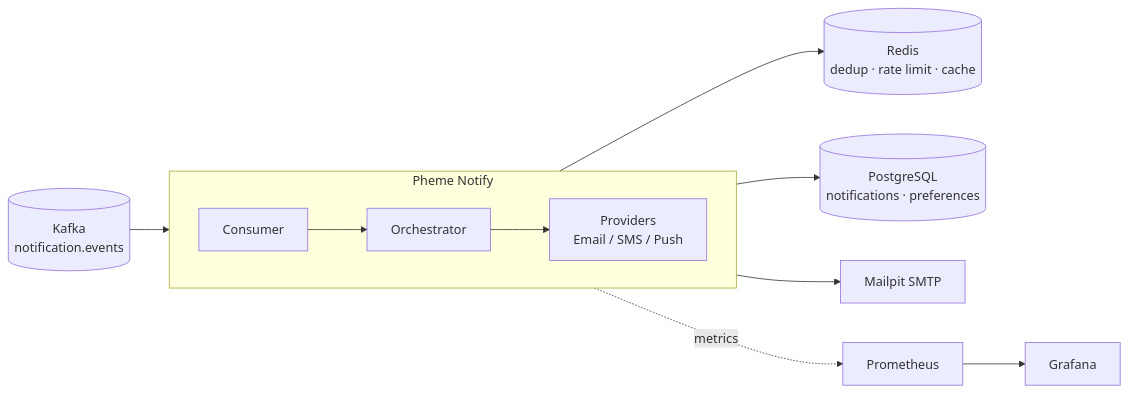
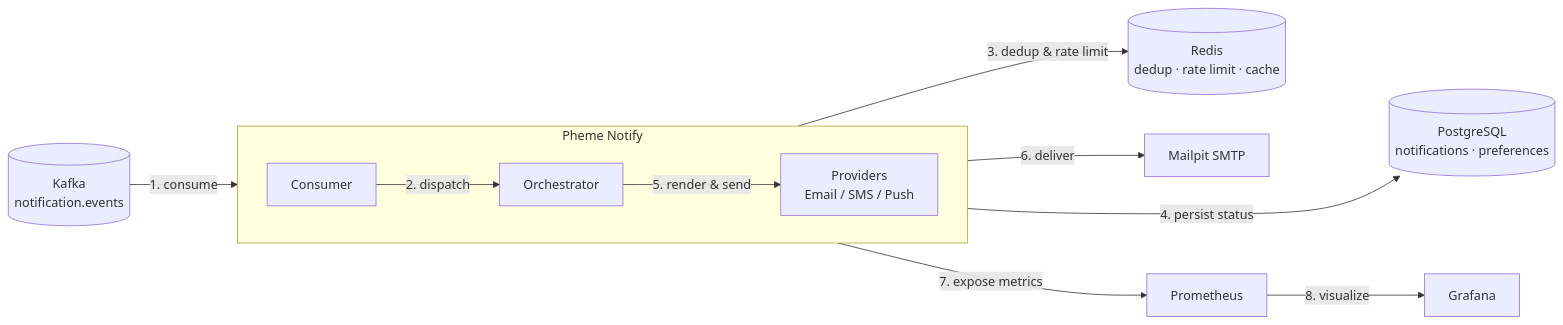
Before and after one commit to dtyurin01/pheme-notify: the first of 2 diagrams in README.md, drawn with Mermaid. The commit also changed 1 other file, not shown here.

Commit message:
docs: fix architecture diagram arrow overlap and add step numbering [skip ci]

````diff
--- a/README.md
+++ b/README.md
@@ -13,14 +13,16 @@
 ```mermaid
 flowchart LR
-    Kafka[("Kafka<br/>notification.events")] --> App
+    Kafka[("Kafka<br/>notification.events")] -- "1. consume" --> App
 
     subgraph App["Pheme Notify"]
         direction LR
-        Consumer[Consumer] --> Orchestrator[Orchestrator] --> Providers[Providers<br/>Email / SMS / Push]
+        Consumer[Consumer] -- "2. dispatch" --> Orchestrator[Orchestrator] -- "5. render & send" --> Providers[Providers<br/>Email / SMS / Push]
     end
 
-    App --> Redis[("Redis<br/>dedup · rate limit · cache")]
-    App --> Postgres[("PostgreSQL<br/>notifications · preferences")]
-    Providers --> Mailpit[Mailpit SMTP]
-    App -.metrics.-> Prometheus[Prometheus] --> Grafana[Grafana]
+    Orchestrator -- "3. dedup & rate limit" --> Redis[("Redis<br/>dedup · rate limit · cache")]
+    Orchestrator -- "4. persist status" --> Postgres[("PostgreSQL<br/>notifications · preferences")]
+    Redis ~~~ Postgres
+    Providers -- "6. deliver" --> Mailpit[Mailpit SMTP]
+
+    App -- "7. expose metrics" --> Prometheus[Prometheus] -- "8. visualize" --> Grafana[Grafana]
 ```
````
